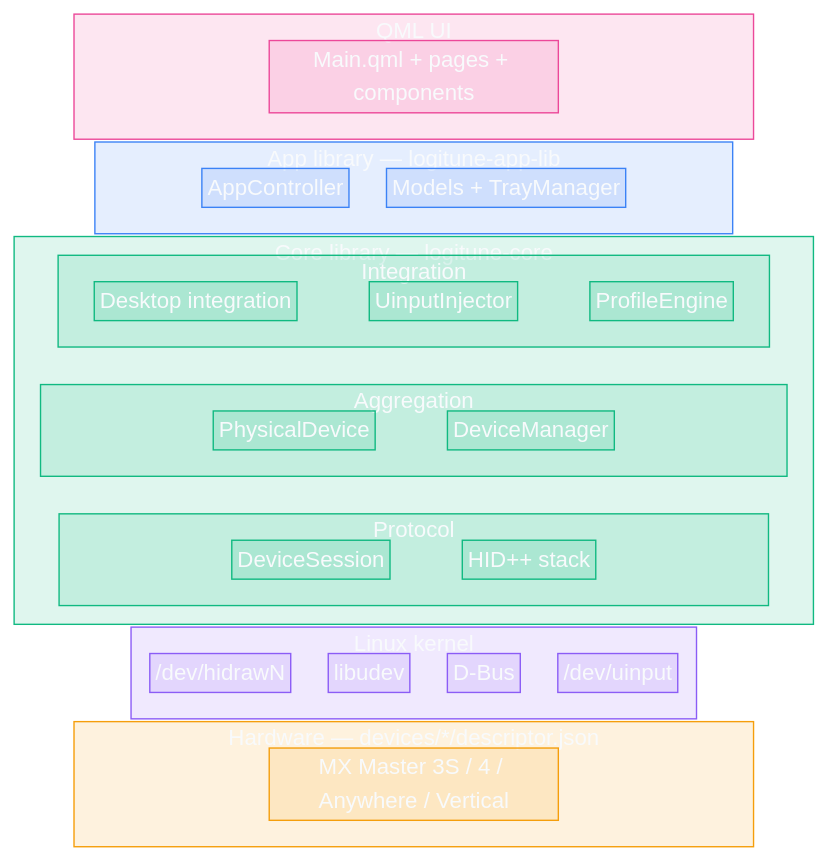
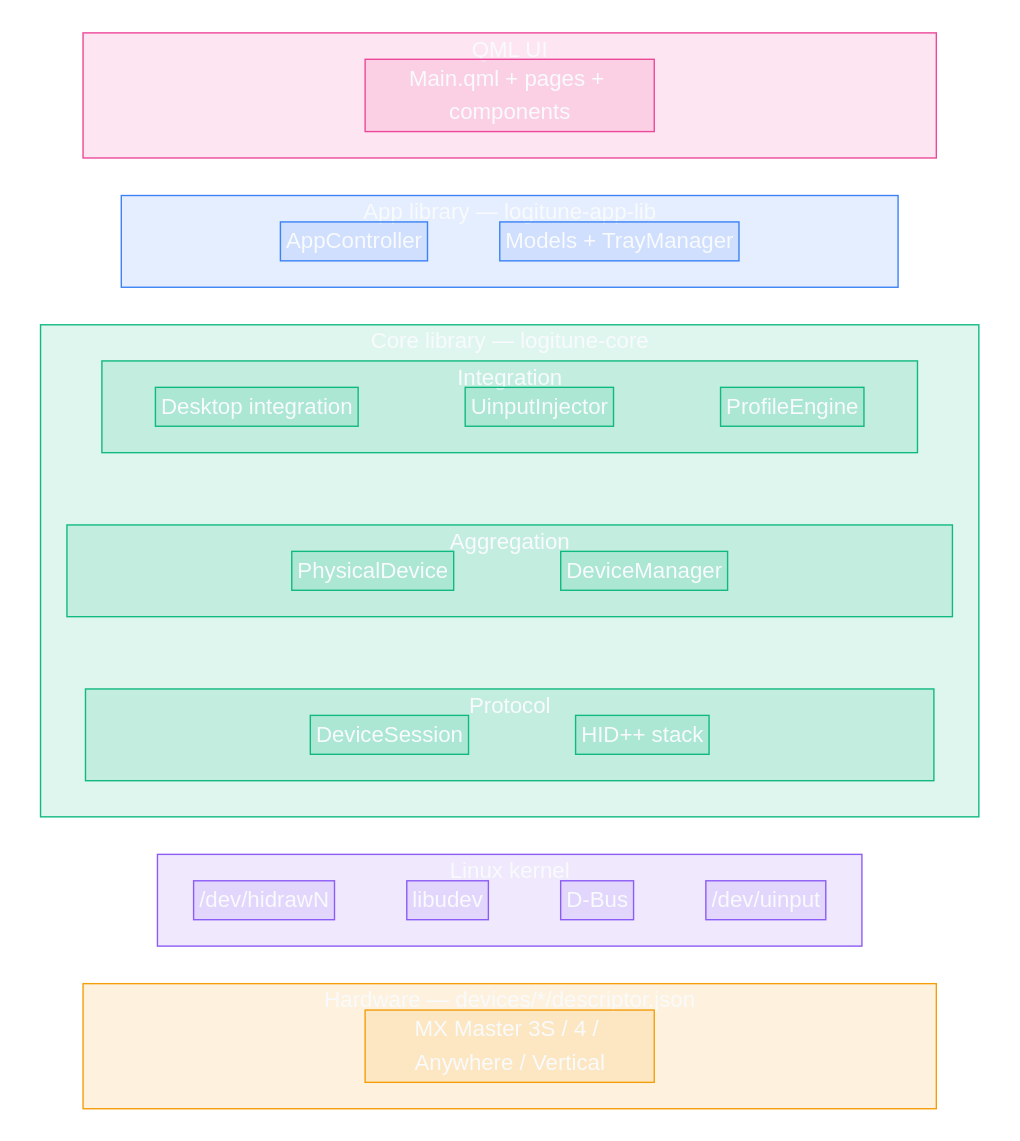
One commit to mmaher88/logitune changed the first of 17 diagrams in docs/wiki/Architecture.md. Above: the diagram before and after it, drawn with Mermaid (neutral theme).

Commit message:
docs(wiki): wrap layers in a single transparent shell subgraph
Nests all five layer subgraphs inside one invisible parent shell. In
mermaid/dagre the parent sizes to the widest child (Core), and the
narrower children get centered and rendered at a width closer to the
parent's. Doesn't perfectly equalize widths - dagre still sizes each
leaf to its content - but reduces the visible disparity between the
widest and narrowest layer.

````diff
--- a/docs/wiki/Architecture.md
+++ b/docs/wiki/Architecture.md
@@ -9,54 +9,59 @@
 ```mermaid
 %%{init: {'flowchart': {'nodeSpacing': 18, 'rankSpacing': 2, 'padding': 2}}}%%
 flowchart TB
-    subgraph ui ["QML UI"]
-        direction LR
-        uP1:::pad ~~~ uP2:::pad ~~~ u1["Main.qml + pages + components"] ~~~ uP3:::pad ~~~ uP4:::pad
+    subgraph shell [" "]
+        direction TB
+        subgraph ui ["QML UI"]
+            direction LR
+            uP1:::pad ~~~ uP2:::pad ~~~ u1["Main.qml + pages + components"] ~~~ uP3:::pad ~~~ uP4:::pad
+        end
+
+        subgraph app ["App library — logitune-app-lib"]
+            direction LR
+            aP1:::pad ~~~ a1["AppController"] ~~~ a2["Models + TrayManager"] ~~~ aP2:::pad
+        end
+
+        subgraph core ["Core library — logitune-core"]
+            direction TB
+            subgraph coreIntegration ["Integration"]
+                direction LR
+                cI1["Desktop integration"] ~~~ cI2["UinputInjector"] ~~~ cI3["ProfileEngine"]
+            end
+            subgraph coreAggregation ["Aggregation"]
+                direction LR
+                cAP1:::pad ~~~ cA1["PhysicalDevice"] ~~~ cA2["DeviceManager"] ~~~ cAP2:::pad
+            end
+            subgraph coreProtocol ["Protocol"]
+                direction LR
+                cPP1:::pad ~~~ cP1["DeviceSession"] ~~~ cP2["HID++ stack"] ~~~ cPP2:::pad
+            end
+            coreIntegration ~~~ coreAggregation ~~~ coreProtocol
+        end
+
+        subgraph kernel ["Linux kernel"]
+            direction LR
+            k1["/dev/hidrawN"] ~~~ k2["libudev"] ~~~ k3["D-Bus"] ~~~ k4["/dev/uinput"]
+        end
+
+        subgraph hardware ["Hardware — devices/*/descriptor.json"]
+            direction LR
+            hP1:::pad ~~~ hP2:::pad ~~~ h1["MX Master 3S / 4 / Anywhere / Vertical"] ~~~ hP3:::pad ~~~ hP4:::pad
+        end
+
+        ui ~~~ app ~~~ core ~~~ kernel ~~~ hardware
     end
-
-    subgraph app ["App library — logitune-app-lib"]
-        direction LR
-        aP1:::pad ~~~ a1["AppController"] ~~~ a2["Models + TrayManager"] ~~~ aP2:::pad
-    end
-
-    subgraph core ["Core library — logitune-core"]
-        direction TB
-        subgraph coreIntegration ["Integration"]
-            direction LR
-            cI1["Desktop integration"] ~~~ cI2["UinputInjector"] ~~~ cI3["ProfileEngine"]
-        end
-        subgraph coreAggregation ["Aggregation"]
-            direction LR
-            cAP1:::pad ~~~ cA1["PhysicalDevice"] ~~~ cA2["DeviceManager"] ~~~ cAP2:::pad
-        end
-        subgraph coreProtocol ["Protocol"]
-            direction LR
-            cPP1:::pad ~~~ cP1["DeviceSession"] ~~~ cP2["HID++ stack"] ~~~ cPP2:::pad
-        end
-        coreIntegration ~~~ coreAggregation ~~~ coreProtocol
-    end
-
-    subgraph kernel ["Linux kernel"]
-        direction LR
-        k1["/dev/hidrawN"] ~~~ k2["libudev"] ~~~ k3["D-Bus"] ~~~ k4["/dev/uinput"]
-    end
-
-    subgraph hardware ["Hardware — devices/*/descriptor.json"]
-        direction LR
-        hP1:::pad ~~~ hP2:::pad ~~~ h1["MX Master 3S / 4 / Anywhere / Vertical"] ~~~ hP3:::pad ~~~ hP4:::pad
-    end
-
-    ui ~~~ app ~~~ core ~~~ kernel ~~~ hardware
 
     classDef uiStyle     fill:#ec489922,stroke:#ec4899,color:#f8fafc
     classDef appStyle    fill:#3b82f622,stroke:#3b82f6,color:#f8fafc
     classDef coreStyle   fill:#10b98122,stroke:#10b981,color:#f8fafc
     classDef kernelStyle fill:#8b5cf622,stroke:#8b5cf6,color:#f8fafc
     classDef hwStyle     fill:#f59e0b22,stroke:#f59e0b,color:#f8fafc
+    classDef shellStyle  fill:transparent,stroke:transparent,color:transparent
     classDef pad fill:transparent,stroke:transparent,color:transparent
+    class shell shellStyle
     class ui,u1 uiStyle
     class app,a1,a2 appStyle
     class core,coreIntegration,coreAggregation,coreProtocol,cI1,cI2,cI3,cA1,cA2,cP1,cP2 coreStyle
     class kernel,k1,k2,k3,k4 kernelStyle
     class hardware,h1 hwStyle
 ```
````
